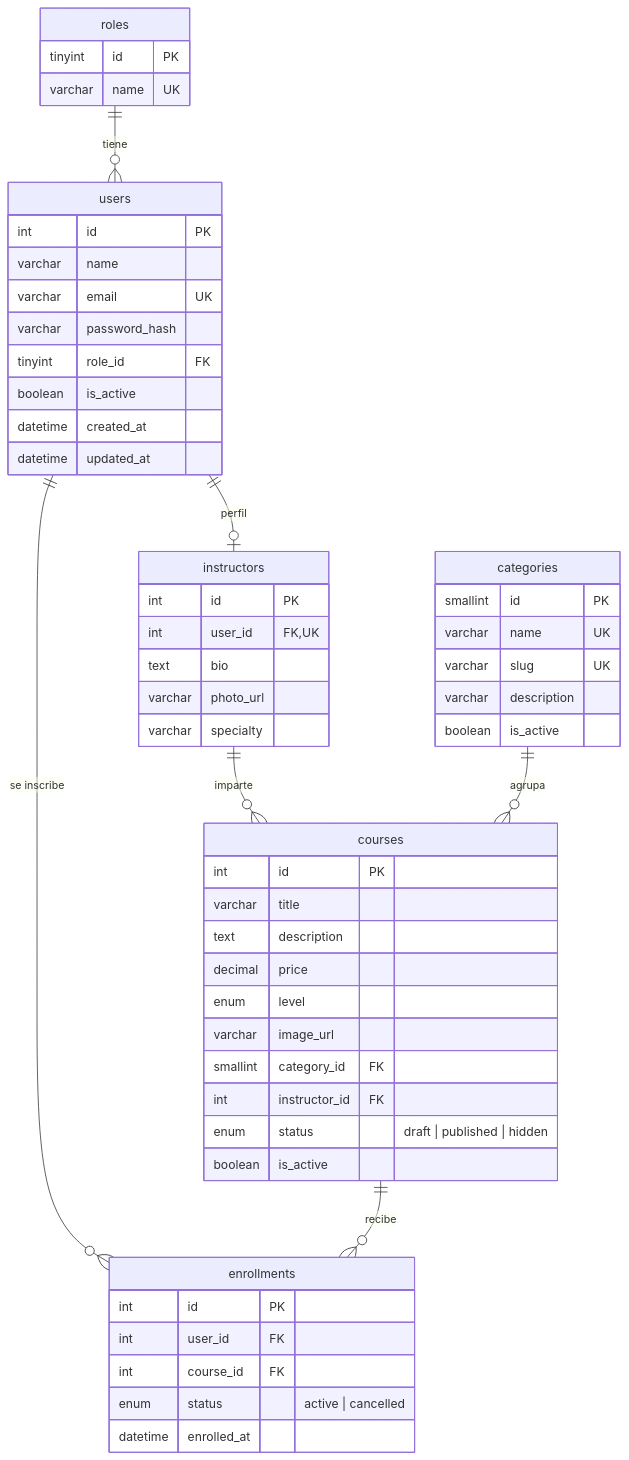
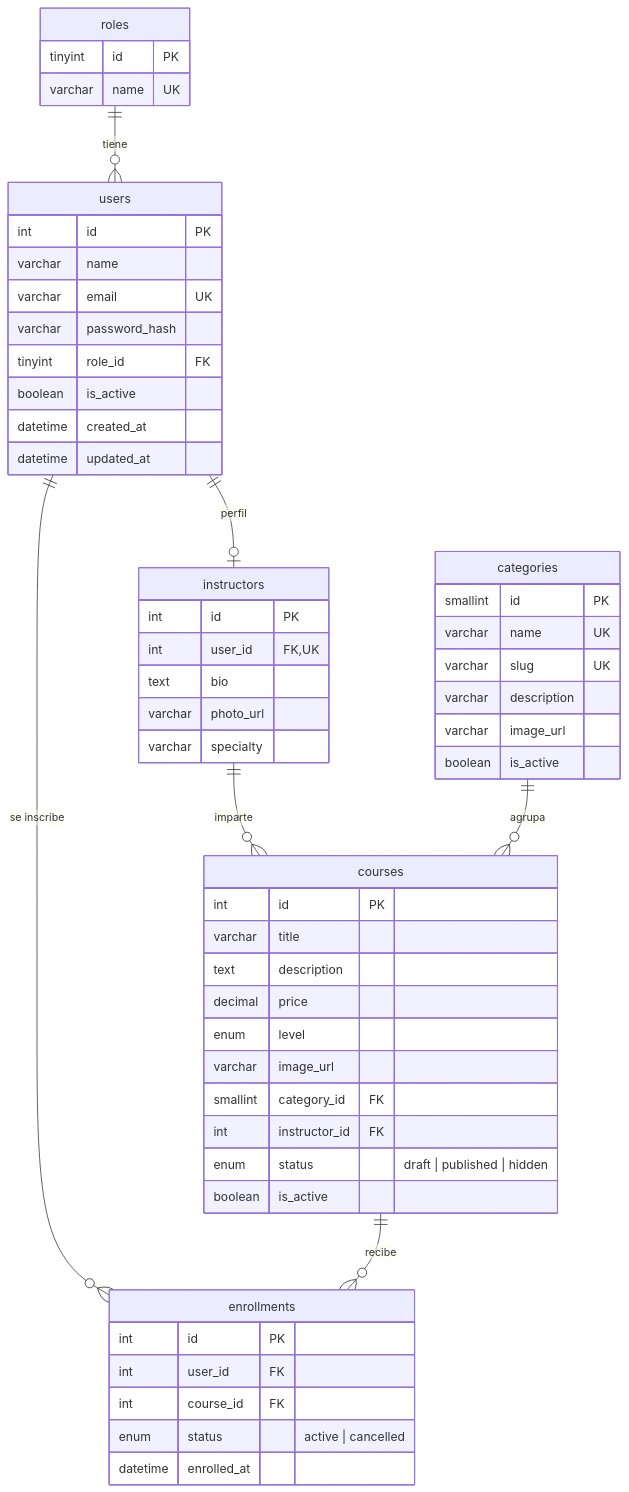
One commit to ManuelSMC/techlearn-backend changed the diagram in README.md. Above: the diagram before and after it, drawn with Mermaid. The commit also changed other lines of this file and 12 other files, not shown here.

````diff
--- a/README.md
+++ b/README.md
@@ -116,57 +116,58 @@
 ```mermaid
 erDiagram
     roles ||--o{ users : "tiene"
     users ||--o| instructors : "perfil"
     instructors ||--o{ courses : "imparte"
     categories ||--o{ courses : "agrupa"
     users ||--o{ enrollments : "se inscribe"
     courses ||--o{ enrollments : "recibe"
 
     roles {
         tinyint id PK
         varchar name UK
     }
     users {
         int id PK
         varchar name
         varchar email UK
         varchar password_hash
         tinyint role_id FK
         boolean is_active
         datetime created_at
         datetime updated_at
     }
     instructors {
         int id PK
         int user_id FK,UK
         text bio
         varchar photo_url
         varchar specialty
     }
     categories {
         smallint id PK
         varchar name UK
         varchar slug UK
         varchar description
+        varchar image_url
         boolean is_active
     }
     courses {
         int id PK
         varchar title
         text description
         decimal price
         enum level
         varchar image_url
         smallint category_id FK
         int instructor_id FK
         enum status "draft | published | hidden"
         boolean is_active
     }
     enrollments {
         int id PK
         int user_id FK
         int course_id FK
         enum status "active | cancelled"
         datetime enrolled_at
     }
 ```
````
